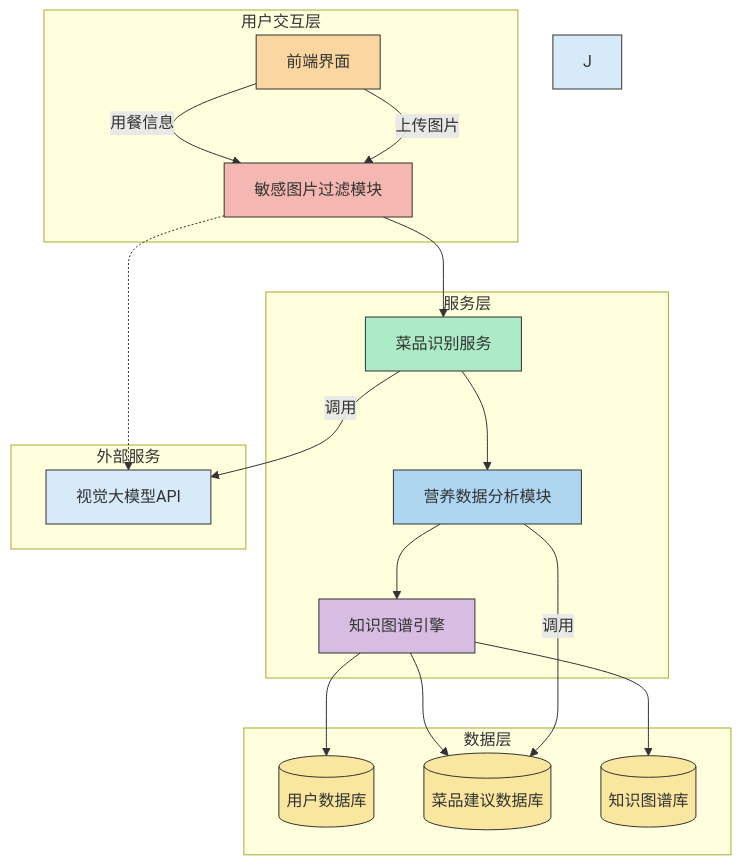
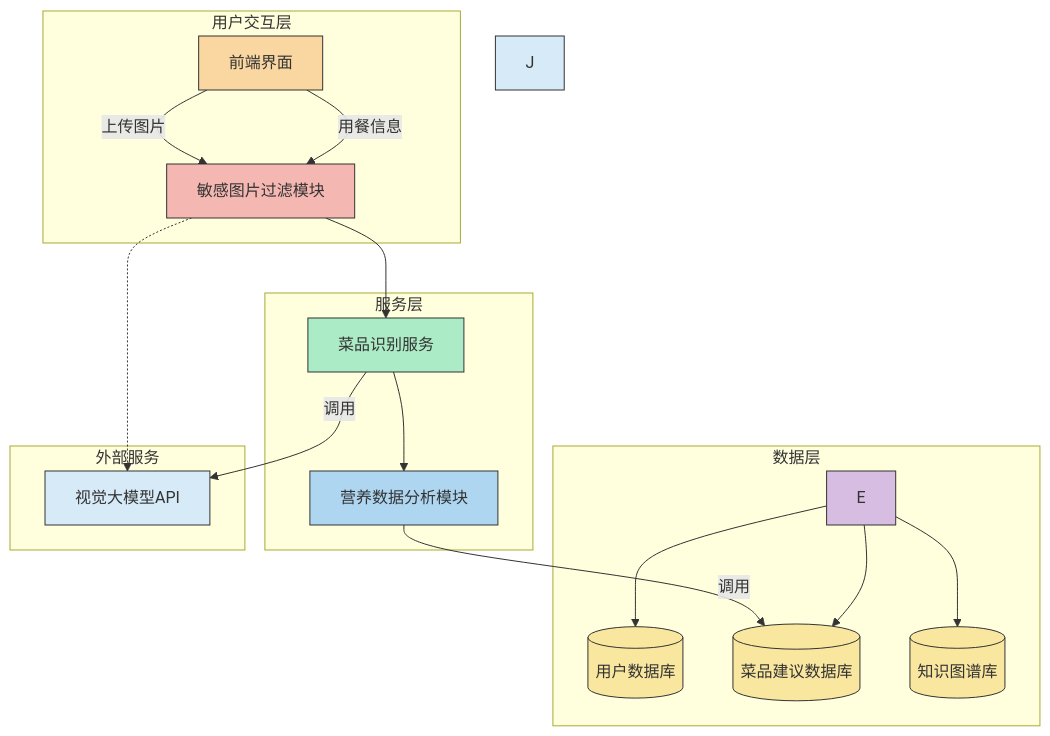
The diagram in all/未命名-1.md (funnyData/iodraw-files), drawn with Mermaid before and after one commit.

Commit message:
2025-03-19 16:51:45 update

````diff
--- a/all/未命名-1.md
+++ b/all/未命名-1.md
@@ -1,38 +1,38 @@
 ```mermaid
 %% 系统架构图（基于网页1/3/4/6的流程图语法优化）
 flowchart TD
     subgraph 用户交互层
         A[前端界面] -->|用餐信息| B[敏感图片过滤模块]
         style A fill:#FAD7A0,stroke:#333
         style B fill:#F5B7B1,stroke:#333
     end
 
     subgraph 服务层
         B --> C[菜品识别服务]
         C --> D[营养数据分析模块]
-        D --> E[知识图谱引擎]
+        %% D --> E[知识图谱引擎]
         style C fill:#ABEBC6,stroke:#333
         style D fill:#AED6F1,stroke:#333
         style E fill:#D7BDE2,stroke:#333
     end
 
     subgraph 数据层
         E --> F[(用户数据库)]
         E --> G[(菜品建议数据库)]
         E --> H[(知识图谱库)]
         style F fill:#F9E79F,stroke:#333,shape:cylinder
         style G fill:#F9E79F,stroke:#333,shape:cylinder
         style H fill:#F9E79F,stroke:#333,shape:cylinder
     end
 
     subgraph 外部服务
         B -.-> I[视觉大模型API]
         style I fill:#D6EAF8,stroke:#333
         style J fill:#D6EAF8,stroke:#333
     end
 
 
     A -->|上传图片| B
     C -->|调用| I
     D -->|调用| G
 ```
````
